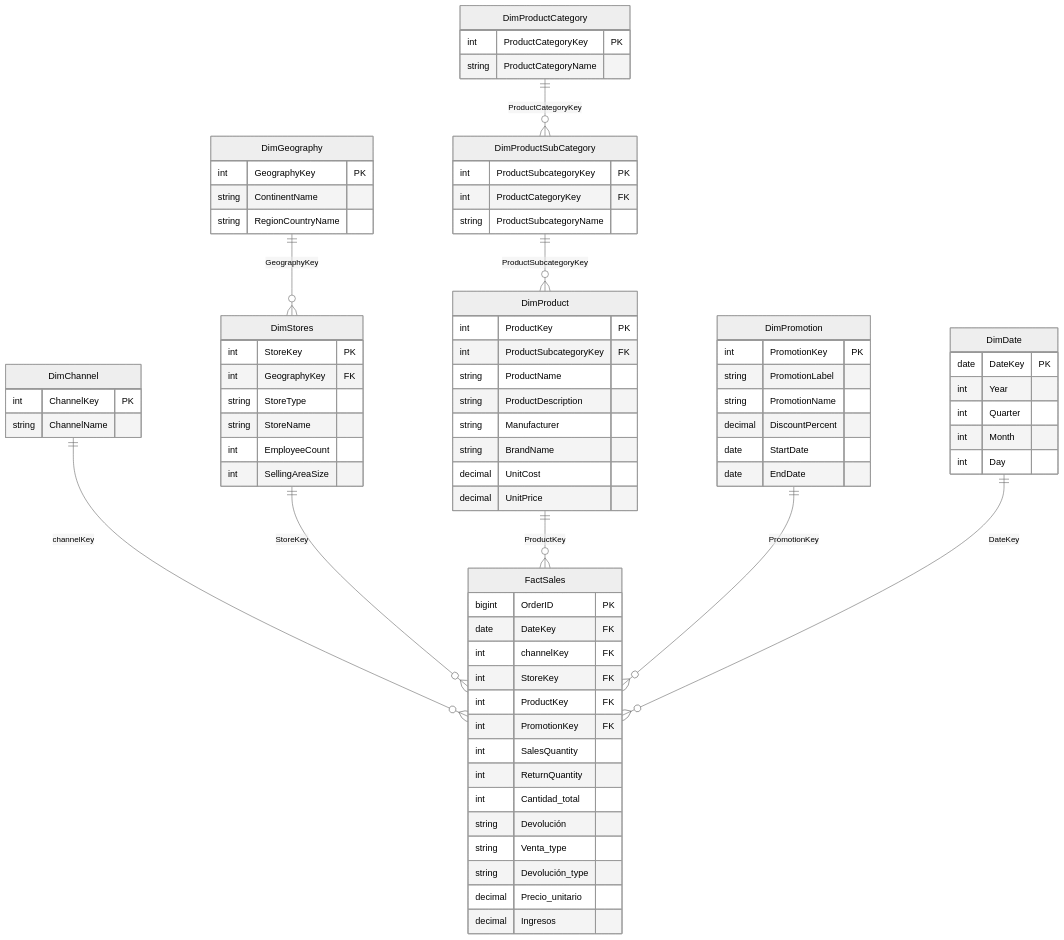
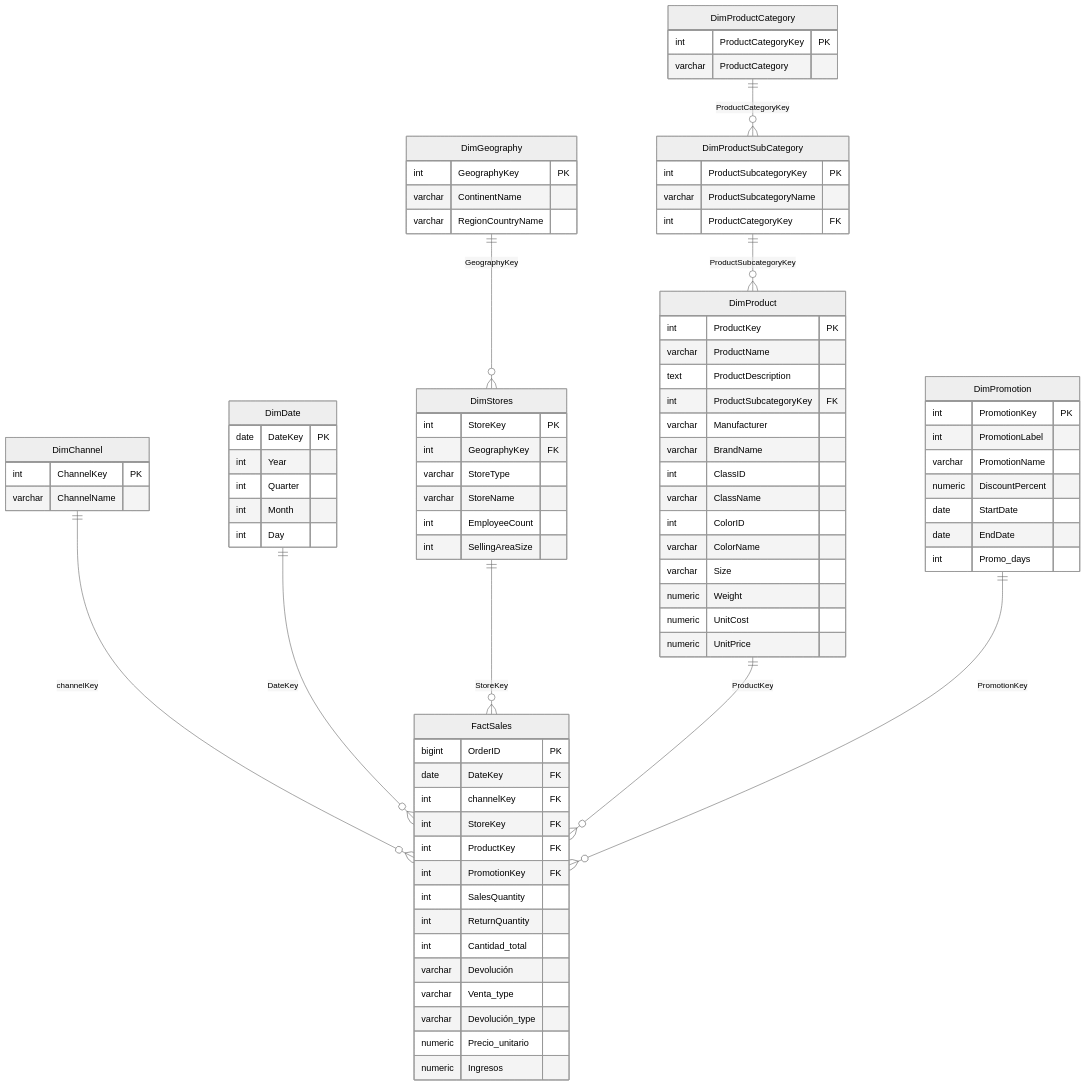
One commit to alejandrojossuevalverderetana-glitch/contoso-sales-data-platform changed the diagram in database/readme.md. Above: the diagram before and after it, drawn with Mermaid (neutral theme). The commit also changed other lines of this file, not shown here.

````diff
--- a/database/readme.md
+++ b/database/readme.md
@@ -13,64 +24,18 @@
 ```mermaid
 erDiagram
     DimChannel ||--o{ FactSales : "channelKey"
+    DimDate ||--o{ FactSales : "DateKey"
     DimStores ||--o{ FactSales : "StoreKey"
     DimProduct ||--o{ FactSales : "ProductKey"
     DimPromotion ||--o{ FactSales : "PromotionKey"
-    DimDate ||--o{ FactSales : "DateKey"
 
     DimGeography ||--o{ DimStores : "GeographyKey"
+    DimProductCategory ||--o{ DimProductSubCategory : "ProductCategoryKey"
     DimProductSubCategory ||--o{ DimProduct : "ProductSubcategoryKey"
-    DimProductCategory ||--o{ DimProductSubCategory : "ProductCategoryKey"
 
     DimChannel {
         int ChannelKey PK
-        string ChannelName
-    }
-
-    DimGeography {
-        int GeographyKey PK
-        string ContinentName
-        string RegionCountryName
-    }
-
-    DimStores {
-        int StoreKey PK
-        int GeographyKey FK
-        string StoreType
-        string StoreName
-        int EmployeeCount
-        int SellingAreaSize
-    }
-
-    DimProduct {
-        int ProductKey PK
-        int ProductSubcategoryKey FK
-        string ProductName
-        string ProductDescription
-        string Manufacturer
-        string BrandName
-        decimal UnitCost
-        decimal UnitPrice
-    }
-
-    DimProductSubCategory {
-        int ProductSubcategoryKey PK
-        int ProductCategoryKey FK
-        string ProductSubcategoryName
-    }
-
-    DimProductCategory {
-        int ProductCategoryKey PK
-        string ProductCategoryName
-    }
-
-    DimPromotion {
-        int PromotionKey PK
-        string PromotionLabel
-        string PromotionName
-        decimal DiscountPercent
-        date StartDate
-        date EndDate
+        varchar ChannelName
     }
 
     DimDate {
@@ -79,6 +44,59 @@
         int Quarter
         int Month
         int Day
+    }
+
+    DimGeography {
+        int GeographyKey PK
+        varchar ContinentName
+        varchar RegionCountryName
+    }
+
+    DimStores {
+        int StoreKey PK
+        int GeographyKey FK
+        varchar StoreType
+        varchar StoreName
+        int EmployeeCount
+        int SellingAreaSize
+    }
+
+    DimProductCategory {
+        int ProductCategoryKey PK
+        varchar ProductCategory
+    }
+
+    DimProductSubCategory {
+        int ProductSubcategoryKey PK
+        varchar ProductSubcategoryName
+        int ProductCategoryKey FK
+    }
+
+    DimProduct {
+        int ProductKey PK
+        varchar ProductName
+        text ProductDescription
+        int ProductSubcategoryKey FK
+        varchar Manufacturer
+        varchar BrandName
+        int ClassID
+        varchar ClassName
+        int ColorID
+        varchar ColorName
+        varchar Size
+        numeric Weight
+        numeric UnitCost
+        numeric UnitPrice
+    }
+
+    DimPromotion {
+        int PromotionKey PK
+        int PromotionLabel
+        varchar PromotionName
+        numeric DiscountPercent
+        date StartDate
+        date EndDate
+        int Promo_days
     }
 
     FactSales {
@@ -91,10 +109,10 @@
         int SalesQuantity
         int ReturnQuantity
         int Cantidad_total
-        string Devolución
-        string Venta_type
-        string Devolución_type
-        decimal Precio_unitario
-        decimal Ingresos
+        varchar Devolución
+        varchar Venta_type
+        varchar Devolución_type
+        numeric Precio_unitario
+        numeric Ingresos
     }
 ```
````
